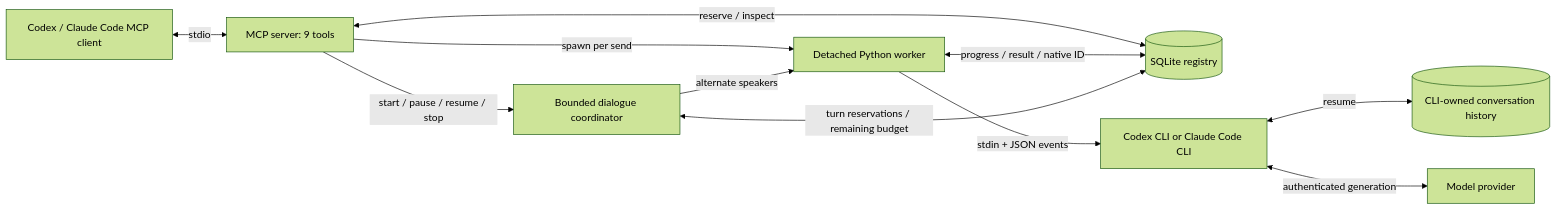
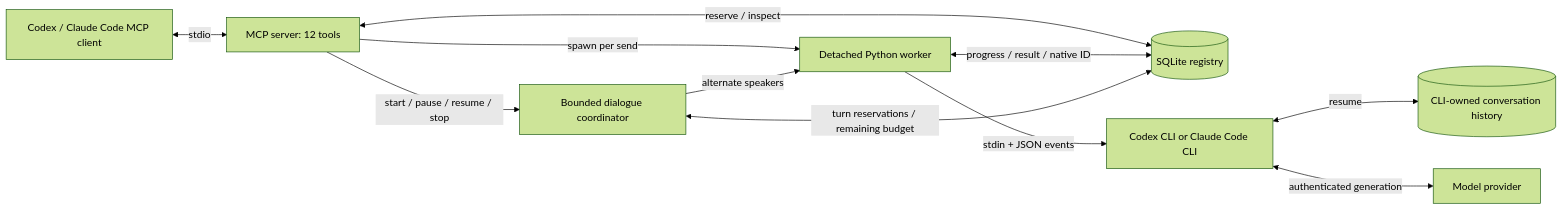
Before and after one commit to shuhei0866/agents-harnesses: the diagram in mcp/local-sessions/README.md, drawn with Mermaid (forest theme). The commit also changed other lines of this file and 12 other files, not shown here.

````diff
--- a/mcp/local-sessions/README.md
+++ b/mcp/local-sessions/README.md
@@ -21,13 +21,13 @@
 ```mermaid
 flowchart LR
-    H["Codex / Claude Code MCP client"] <-->|stdio| S["MCP server: 9 tools"]
+    H["Codex / Claude Code MCP client"] <-->|stdio| S["MCP server: 12 tools"]
     S <-->|reserve / inspect| D[("SQLite registry")]
     S -->|spawn per send| W["Detached Python worker"]
     W <-->|progress / result / native ID| D
     S -->|start / pause / resume / stop| B["Bounded dialogue coordinator"]
     B <-->|turn reservations / remaining budget| D
     B -->|alternate speakers| W
     W -->|stdin + JSON events| C["Codex CLI or Claude Code CLI"]
     C <-->|resume| N[("CLI-owned conversation history")]
     C <-->|authenticated generation| P["Model provider"]
 ```
````
